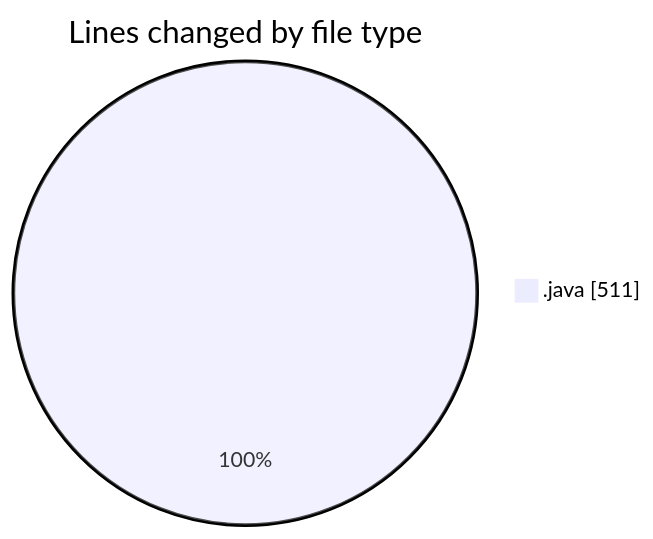
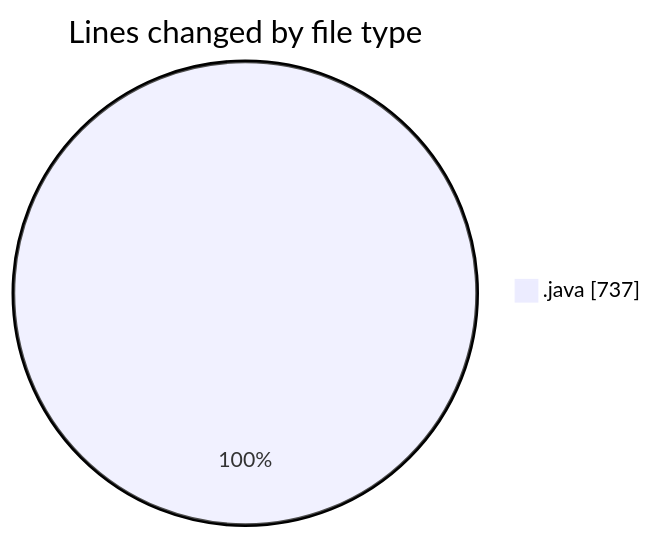
Before and after one commit to ricardozamudiocil/code-tracking: the first of 2 diagrams in 2026-09-30/cilreports__workspace_/README.md, drawn with Mermaid. The commit also changed other lines of this file and 1 other file, not shown here.

````diff
--- a/2026-09-30/cilreports__workspace_/README.md
+++ b/2026-09-30/cilreports__workspace_/README.md
@@ -20,5 +21,5 @@
 ```mermaid
 pie showData
 title Lines changed by file type
-".java" : 511
+".java" : 737
 ```
````
